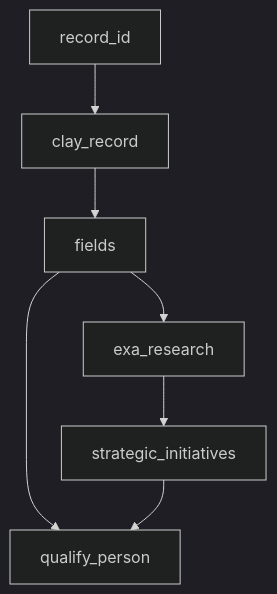
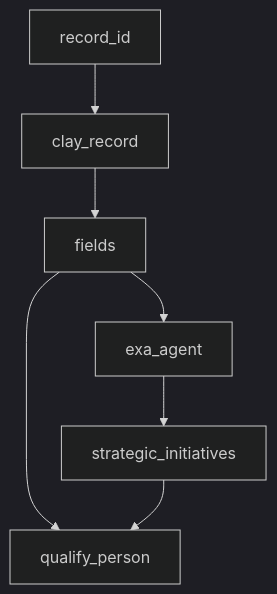
One commit to getaero-io/deepline-plugins changed the diagram in deepline/skills/deepline-gtm/recipes/clay-to-deepline.md. Above: the diagram before and after it, drawn with Mermaid (dark theme). The commit also changed other lines of this file and 12 other files, not shown here.

````diff
--- a/deepline/skills/deepline-gtm/recipes/clay-to-deepline.md
+++ b/deepline/skills/deepline-gtm/recipes/clay-to-deepline.md
@@ -66,9 +66,9 @@
 ```mermaid
 graph TD
     A[record_id] --> B[clay_record]
     B --> C[fields]
-    C --> D[exa_research]
+    C --> D[exa_agent]
     D --> E[strategic_initiatives]
     C --> F[qualify_person]
     E --> F
 ```
````
